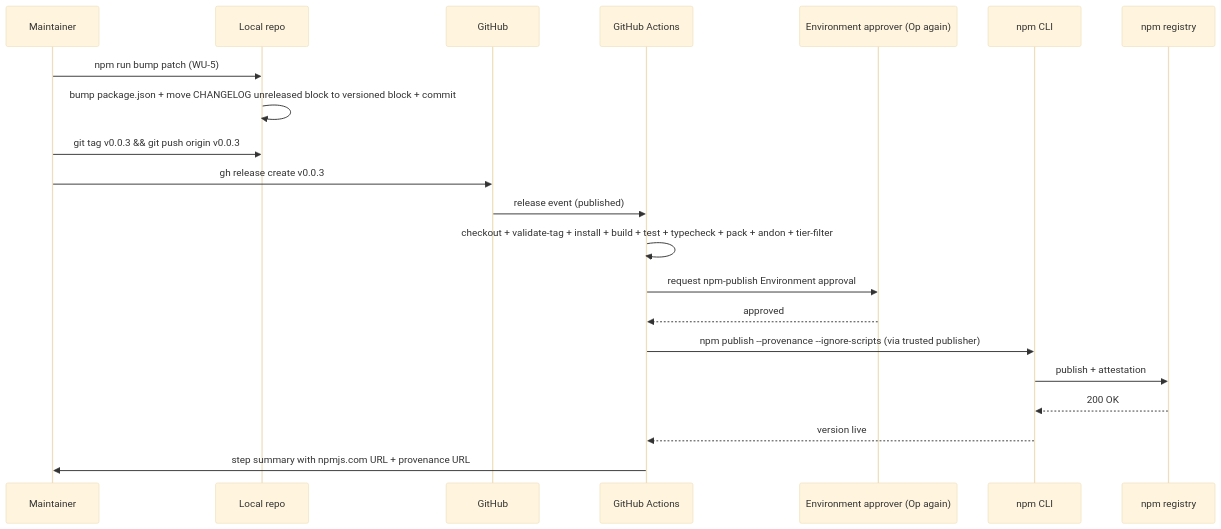
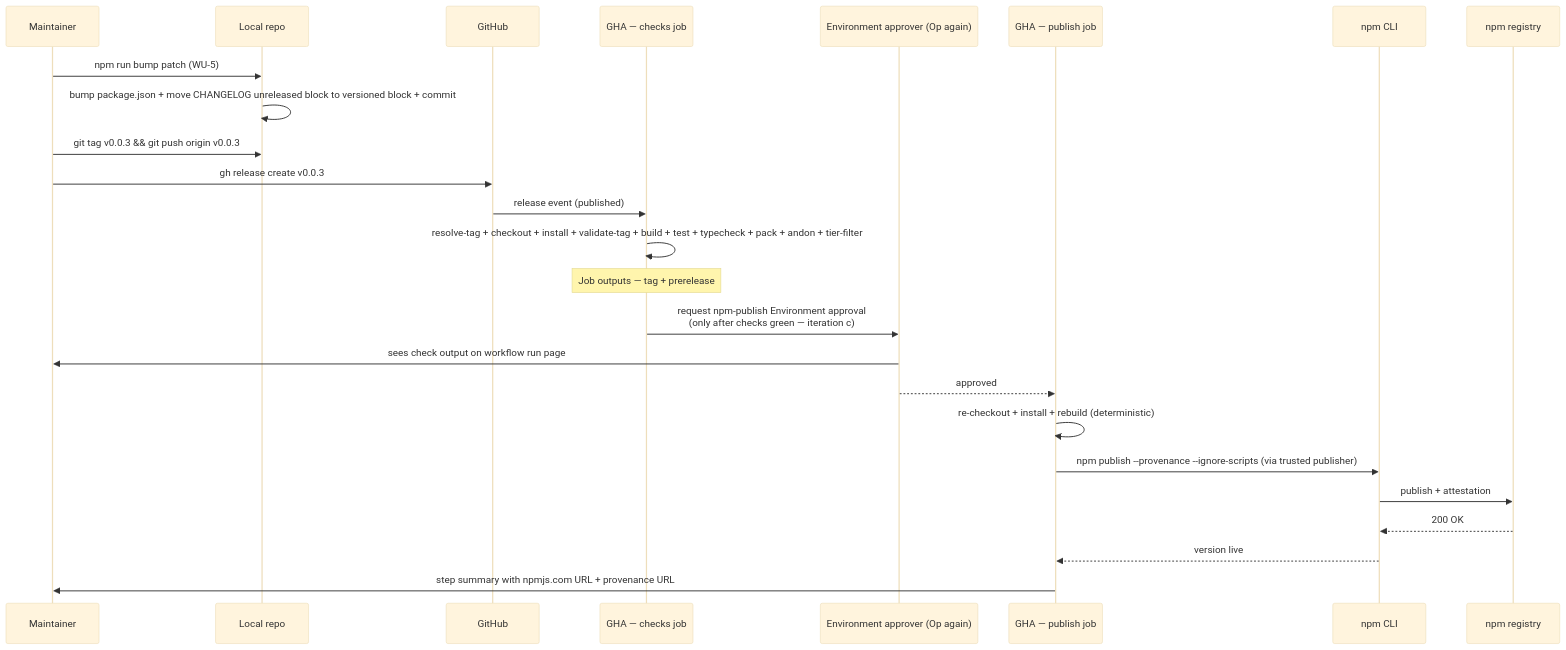
One commit to sunj-labs/bassclef-cli changed the fifth of 5 diagrams in docs/interaction-design/2026-08-08-npm-distribution.md. Above: the diagram before and after it, drawn with Mermaid (base theme). The commit also changed 9 other files, not shown here.

````diff
--- a/docs/interaction-design/2026-08-08-npm-distribution.md
+++ b/docs/interaction-design/2026-08-08-npm-distribution.md
@@ -213,24 +213,28 @@
 ```mermaid
 sequenceDiagram
     participant Op as Maintainer
     participant Local as Local repo
     participant Git as GitHub
-    participant GHA as GitHub Actions
+    participant Checks as GHA — checks job
     participant Env as Environment approver (Op again)
+    participant Publish as GHA — publish job
     participant NPM as npm CLI
     participant Registry as npm registry
 
     Op->>Local: npm run bump patch (WU-5)
     Local->>Local: bump package.json + move CHANGELOG unreleased block to versioned block + commit
     Op->>Local: git tag v0.0.3 && git push origin v0.0.3
     Op->>Git: gh release create v0.0.3
-    Git->>GHA: release event (published)
-    GHA->>GHA: checkout + validate-tag + install + build + test + typecheck + pack + andon + tier-filter
-    GHA->>Env: request npm-publish Environment approval
-    Env-->>GHA: approved
-    GHA->>NPM: npm publish --provenance --ignore-scripts (via trusted publisher)
+    Git->>Checks: release event (published)
+    Checks->>Checks: resolve-tag + checkout + install + validate-tag + build + test + typecheck + pack + andon + tier-filter
+    Note over Checks: Job outputs — tag + prerelease
+    Checks->>Env: request npm-publish Environment approval<br/>(only after checks green — iteration c)
+    Env->>Op: sees check output on workflow run page
+    Env-->>Publish: approved
+    Publish->>Publish: re-checkout + install + rebuild (deterministic)
+    Publish->>NPM: npm publish --provenance --ignore-scripts (via trusted publisher)
     NPM->>Registry: publish + attestation
     Registry-->>NPM: 200 OK
-    NPM-->>GHA: version live
-    GHA->>Op: step summary with npmjs.com URL + provenance URL
+    NPM-->>Publish: version live
+    Publish->>Op: step summary with npmjs.com URL + provenance URL
 ```
````
